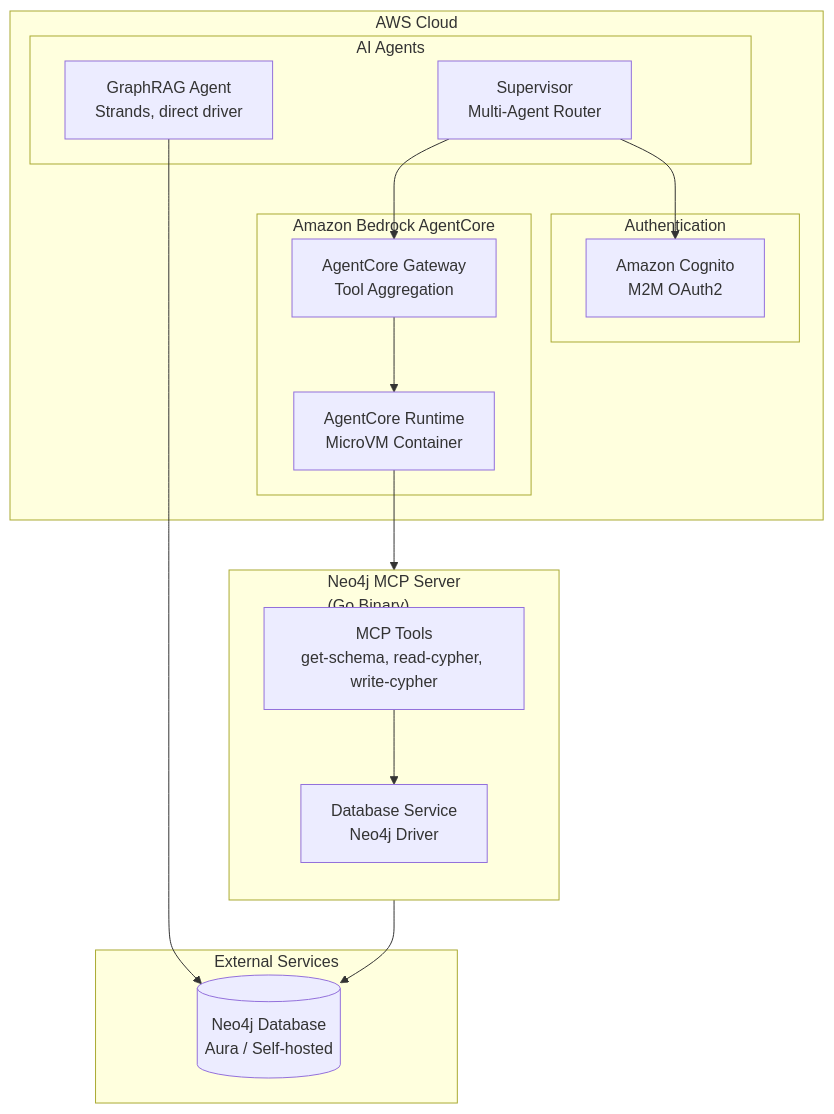
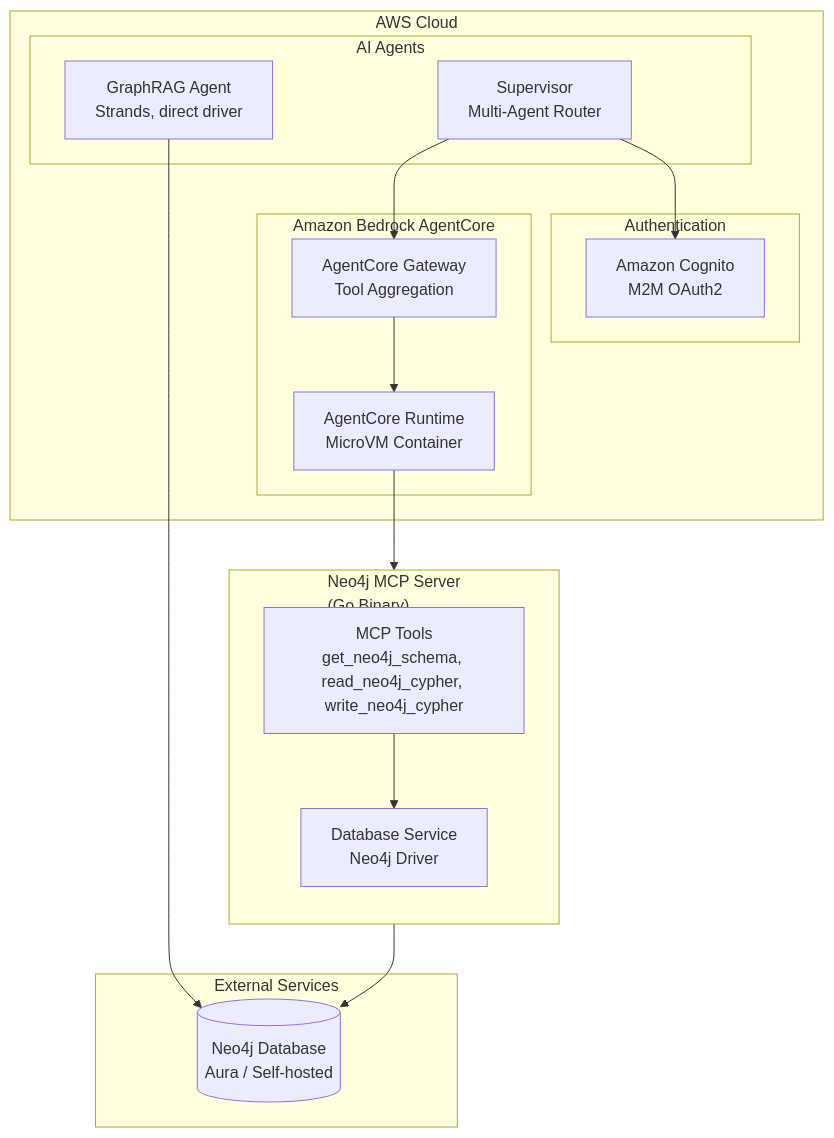
Before and after one commit to neo4j-partners/aws-starter: the first of 10 diagrams in docs/ARCHITECTURE.md, drawn with Mermaid. The commit also changed other lines of this file and 31 other files, not shown here.

````diff
--- a/docs/ARCHITECTURE.md
+++ b/docs/ARCHITECTURE.md
@@ -28,36 +28,36 @@
 ```mermaid
 flowchart TB
     subgraph External["External Services"]
         NEO4J[(Neo4j Database<br/>Aura / Self-hosted)]
     end
 
     subgraph MCP["Neo4j MCP Server<br/>(Go Binary)"]
         direction TB
-        TOOLS[MCP Tools<br/>get-schema, read-cypher, write-cypher]
+        TOOLS[MCP Tools<br/>get_neo4j_schema, read_neo4j_cypher, write_neo4j_cypher]
         DB_SVC[Database Service<br/>Neo4j Driver]
         TOOLS --> DB_SVC
     end
 
     subgraph AWS["AWS Cloud"]
         subgraph AgentCore["Amazon Bedrock AgentCore"]
             RUNTIME[AgentCore Runtime<br/>MicroVM Container]
             GATEWAY[AgentCore Gateway<br/>Tool Aggregation]
         end
 
         subgraph Agents["AI Agents"]
             FLEET[GraphRAG Agent<br/>Strands, direct driver]
             ORCH[Supervisor<br/>Multi-Agent Router]
         end
 
         subgraph Auth["Authentication"]
             COGNITO[Amazon Cognito<br/>M2M OAuth2]
         end
     end
 
     RUNTIME --> MCP
     MCP --> NEO4J
     GATEWAY --> RUNTIME
     FLEET --> NEO4J
     ORCH --> GATEWAY
     ORCH --> COGNITO
 ```
````
